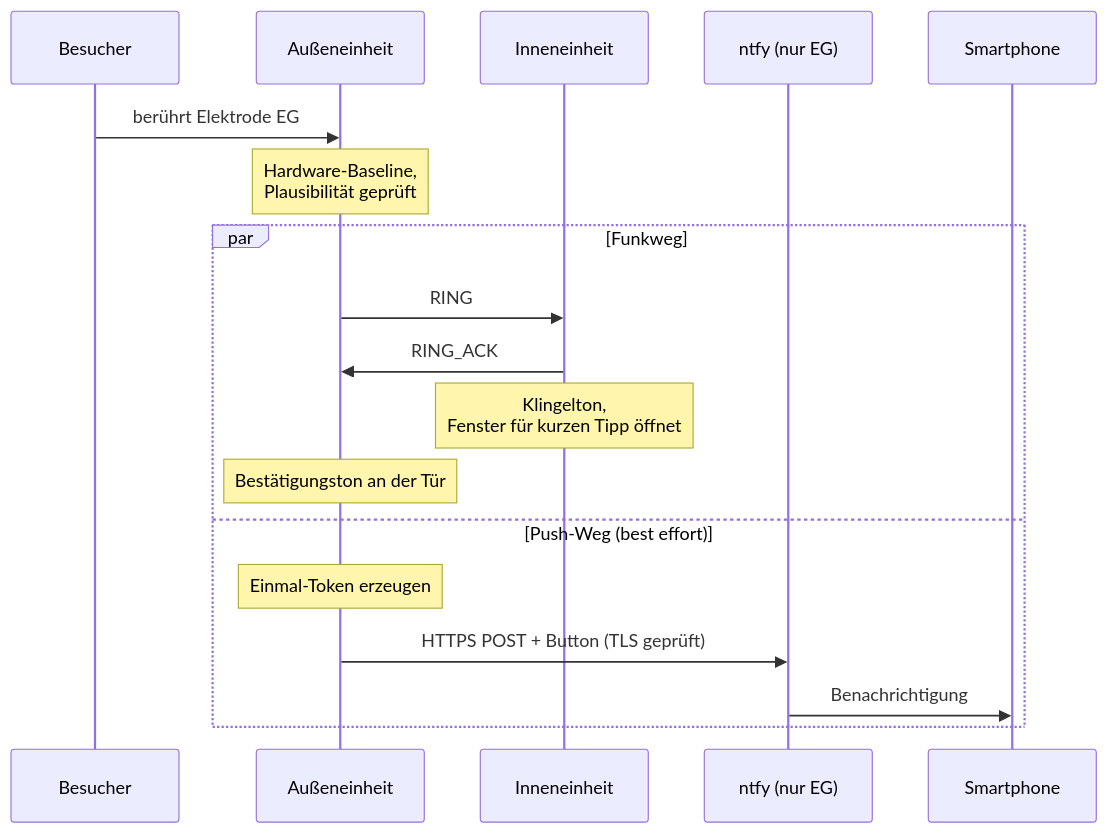
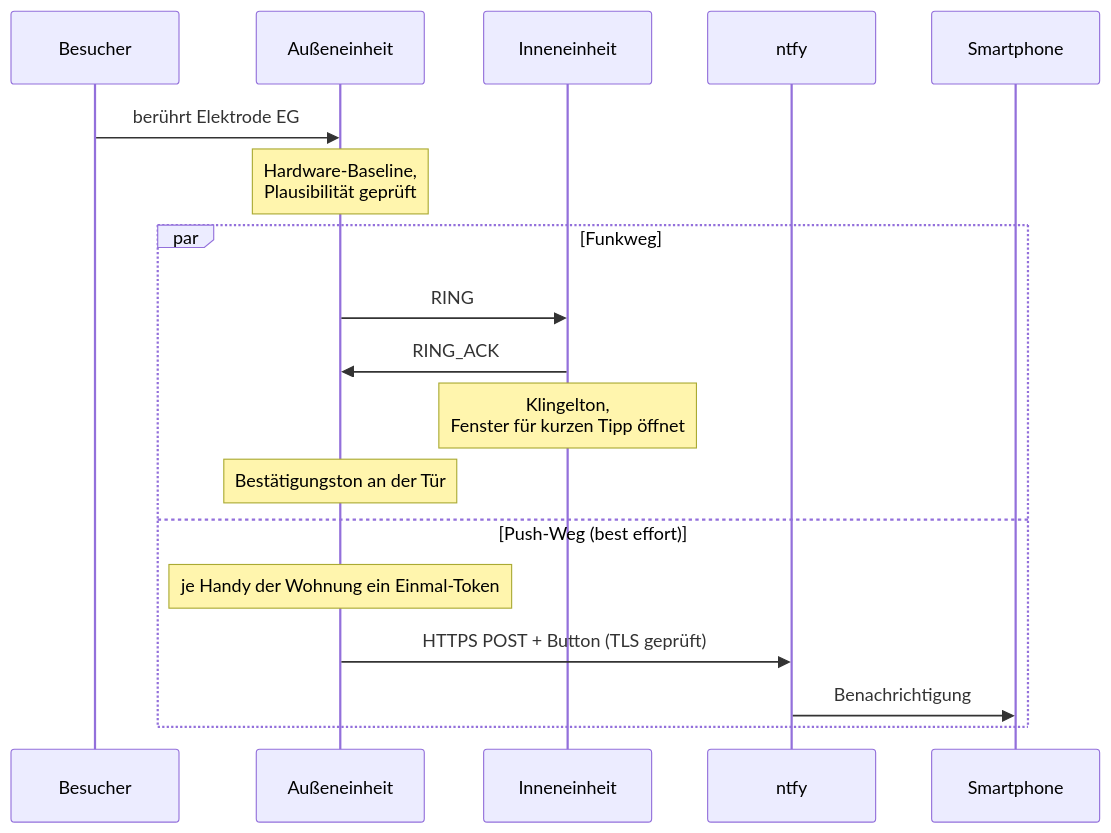
The sixth of 9 diagrams in docs/Softwarearchitektur_V0.2.md (akoerner-dev/ClearBell), drawn with Mermaid before and after one commit. The commit also changed other lines of this file and 19 other files, not shown here.

First line of the commit message:
R27 umgesetzt: Fern-Öffnen nur mit ntfy, beide Wohnungen, Ausfallmeldung

````diff
--- a/docs/Softwarearchitektur_V0.2.md
+++ b/docs/Softwarearchitektur_V0.2.md
@@ -509,21 +511,21 @@
 ```mermaid
 sequenceDiagram
     participant B as Besucher
     participant A as Außeneinheit
     participant I as Inneneinheit
-    participant P as ntfy (nur EG)
+    participant P as ntfy
     participant S as Smartphone
 
     B->>A: berührt Elektrode EG
     Note over A: Hardware-Baseline,<br/>Plausibilität geprüft
     par Funkweg
         A->>I: RING
         I->>A: RING_ACK
         Note over I: Klingelton,<br/>Fenster für kurzen Tipp öffnet
         Note over A: Bestätigungston an der Tür
     and Push-Weg (best effort)
-        Note over A: Einmal-Token erzeugen
+        Note over A: je Handy der Wohnung ein Einmal-Token
         A->>P: HTTPS POST + Button (TLS geprüft)
         P->>S: Benachrichtigung
     end
 ```
````
